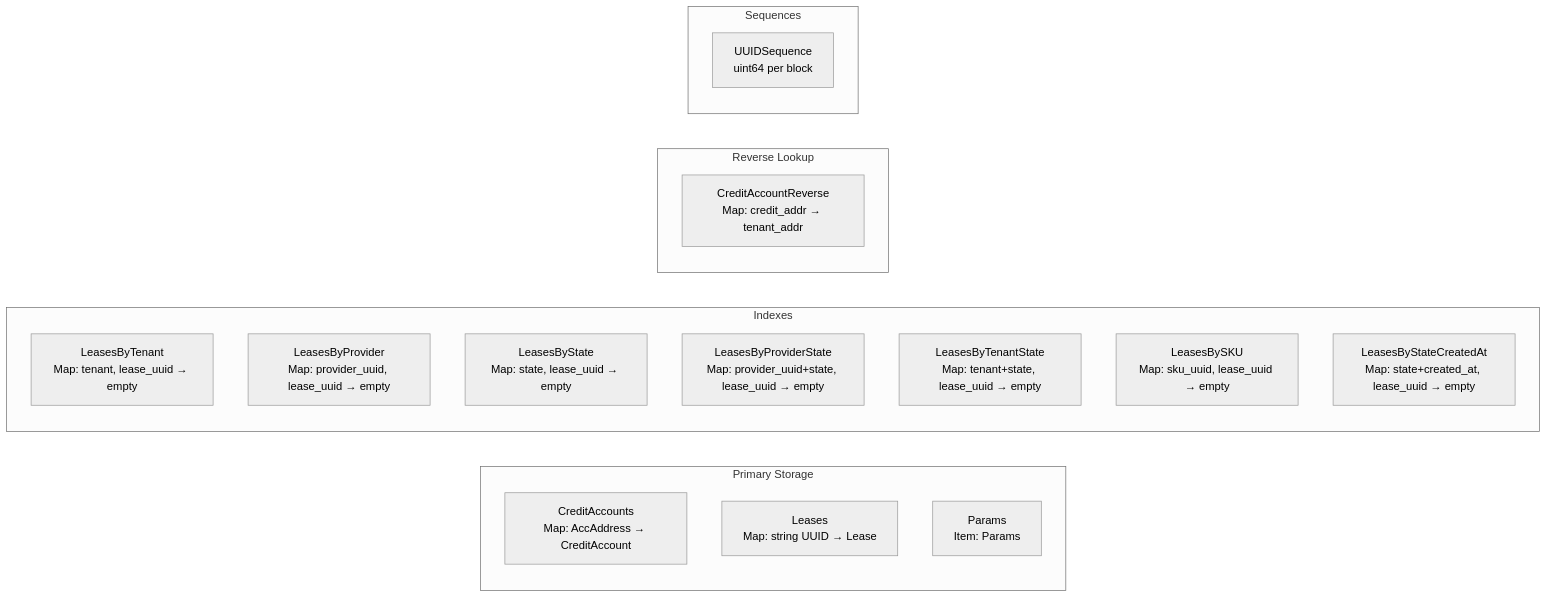
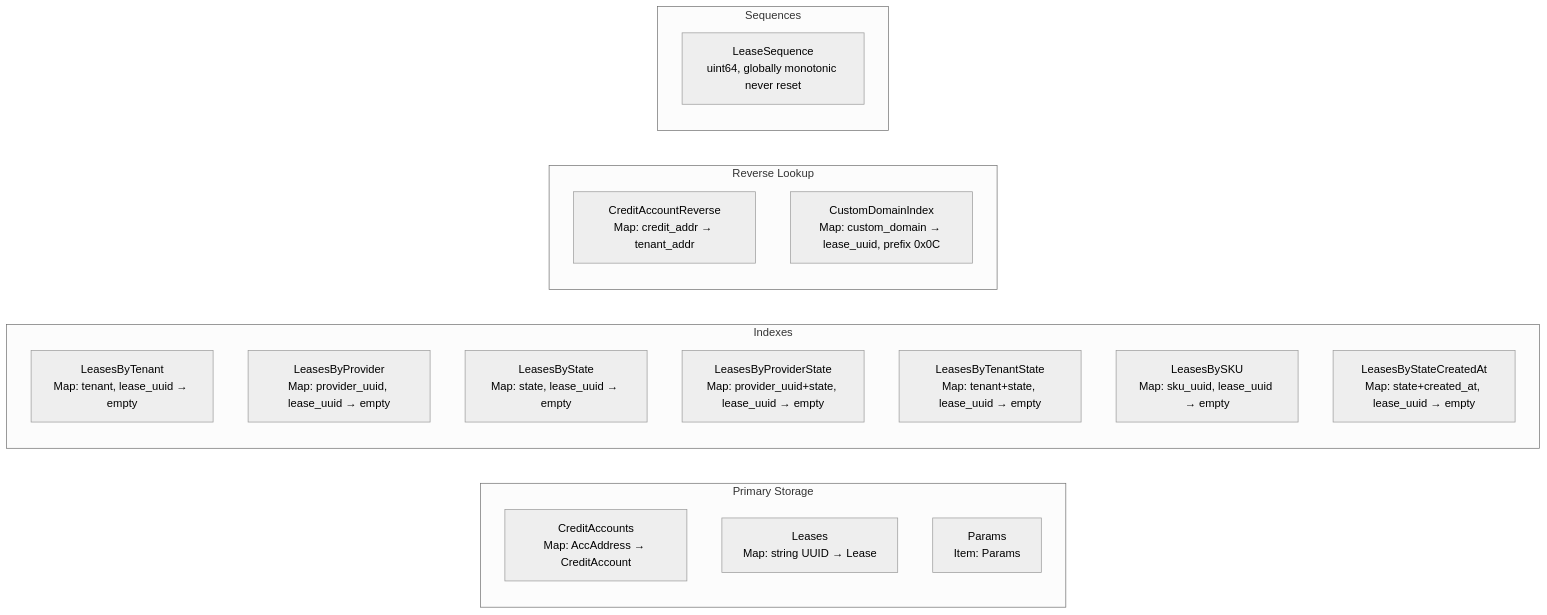
The third of 13 diagrams in x/billing/docs/ARCHITECTURE.md (manifest-network/manifest-ledger), drawn with Mermaid (neutral theme) before and after one commit. The commit also changed other lines of this file and 16 other files, not shown here.

````diff
--- a/x/billing/docs/ARCHITECTURE.md
+++ b/x/billing/docs/ARCHITECTURE.md
@@ -167,26 +168,27 @@
 ```mermaid
 graph LR
     subgraph "Primary Storage"
         CreditAccounts[CreditAccounts<br/>Map: AccAddress → CreditAccount]
         Leases[Leases<br/>Map: string UUID → Lease]
         Params[Params<br/>Item: Params]
     end
 
     subgraph "Indexes"
         TenantIdx[LeasesByTenant<br/>Map: tenant, lease_uuid → empty]
         ProviderIdx[LeasesByProvider<br/>Map: provider_uuid, lease_uuid → empty]
         StateIdx[LeasesByState<br/>Map: state, lease_uuid → empty]
         ProviderStateIdx[LeasesByProviderState<br/>Map: provider_uuid+state, lease_uuid → empty]
         TenantStateIdx[LeasesByTenantState<br/>Map: tenant+state, lease_uuid → empty]
         SKUIdx[LeasesBySKU<br/>Map: sku_uuid, lease_uuid → empty]
         StateCreatedAtIdx[LeasesByStateCreatedAt<br/>Map: state+created_at, lease_uuid → empty]
     end
 
     subgraph "Reverse Lookup"
         CreditReverse[CreditAccountReverse<br/>Map: credit_addr → tenant_addr]
+        CustomDomainIdx[CustomDomainIndex<br/>Map: custom_domain → lease_uuid, prefix 0x0C]
     end
 
     subgraph "Sequences"
-        UUIDSeq[UUIDSequence<br/>uint64 per block]
+        LeaseSeq[LeaseSequence<br/>uint64, globally monotonic never reset]
     end
 ```
````
